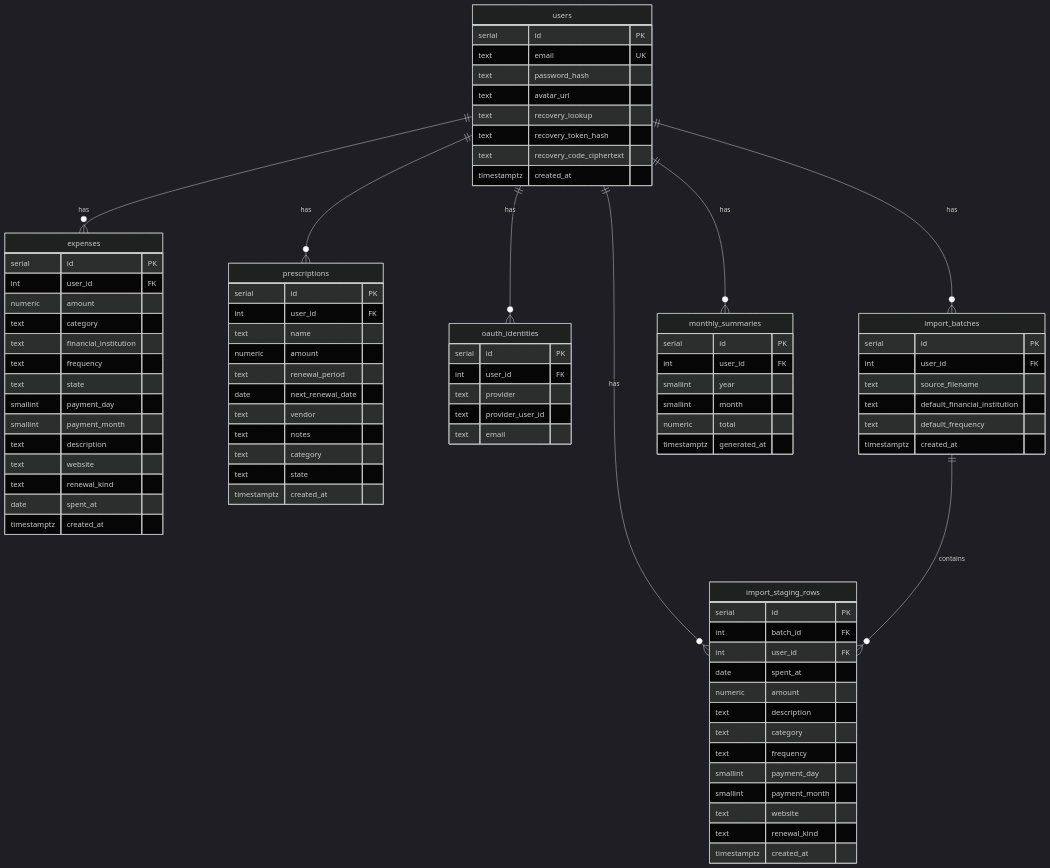
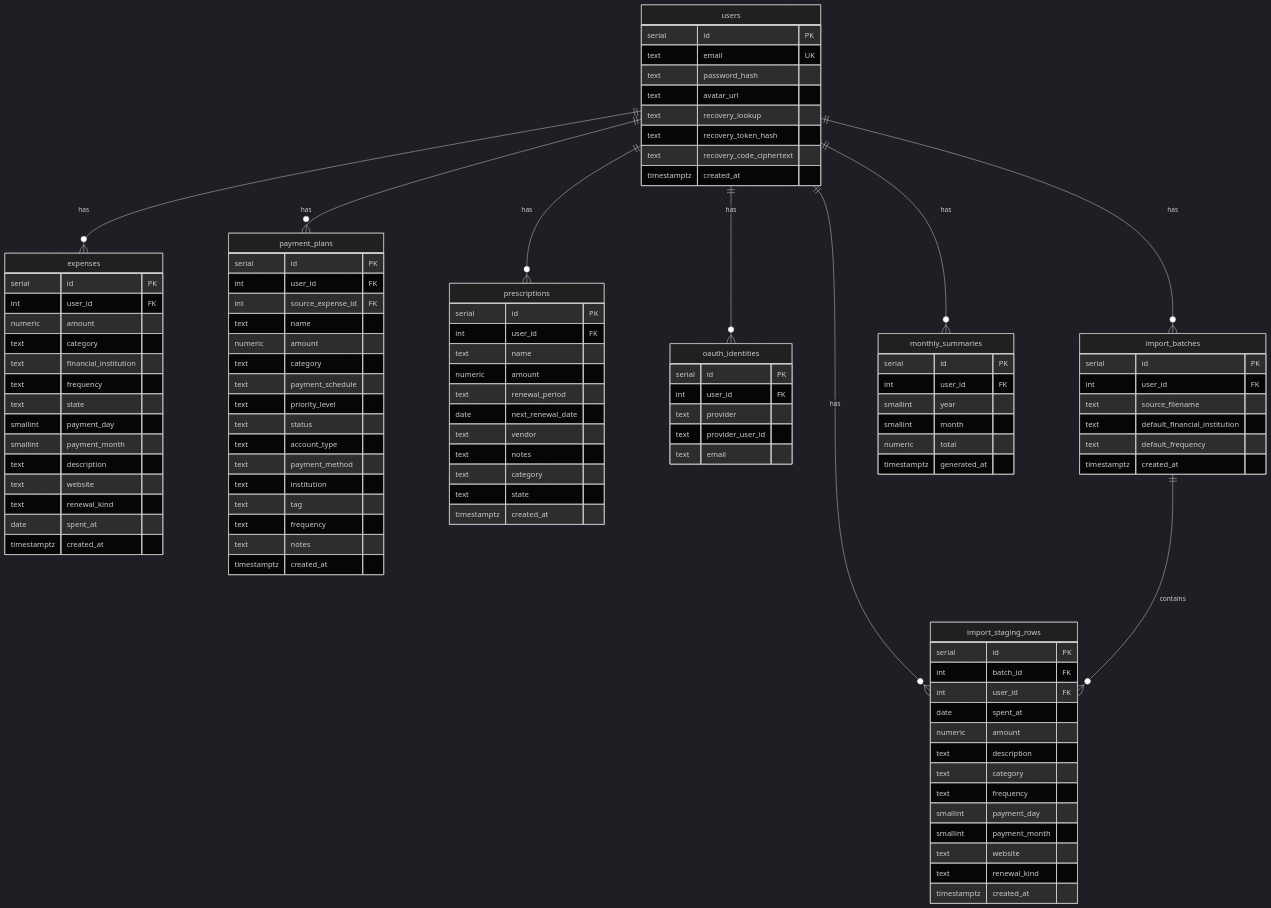
Diagram 13 of 18 in docs/ARCHITECTURE_DIAGRAM.md (becomeonewiththecode/expense_tracker), drawn with Mermaid (dark theme) before and after one commit. The commit also changed other lines of this file and 21 other files, not shown here.

````diff
--- a/docs/ARCHITECTURE_DIAGRAM.md
+++ b/docs/ARCHITECTURE_DIAGRAM.md
@@ -416,6 +435,7 @@
 ```mermaid
 erDiagram
   users ||--o{ expenses : has
+  users ||--o{ payment_plans : has
   users ||--o{ prescriptions : has
   users ||--o{ oauth_identities : has
   users ||--o{ import_batches : has
@@ -456,6 +476,25 @@
     text website
     text renewal_kind
     date spent_at
+    timestamptz created_at
+  }
+
+  payment_plans {
+    serial id PK
+    int user_id FK
+    int source_expense_id FK
+    text name
+    numeric amount
+    text category
+    text payment_schedule
+    text priority_level
+    text status
+    text account_type
+    text payment_method
+    text institution
+    text tag
+    text frequency
+    text notes
     timestamptz created_at
   }
 
````
